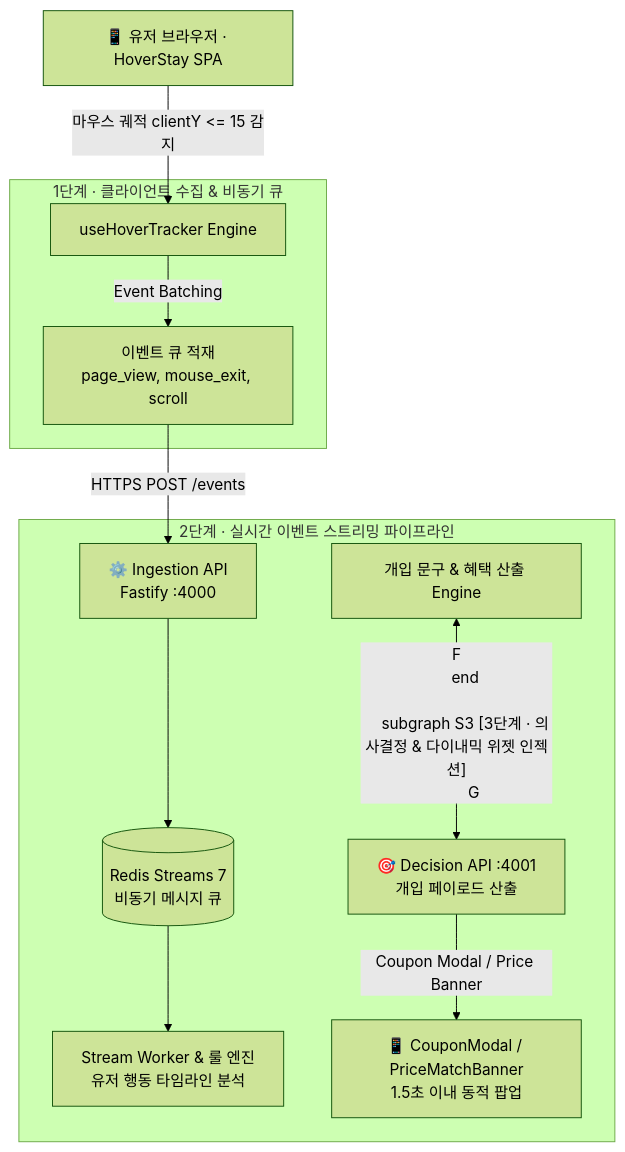
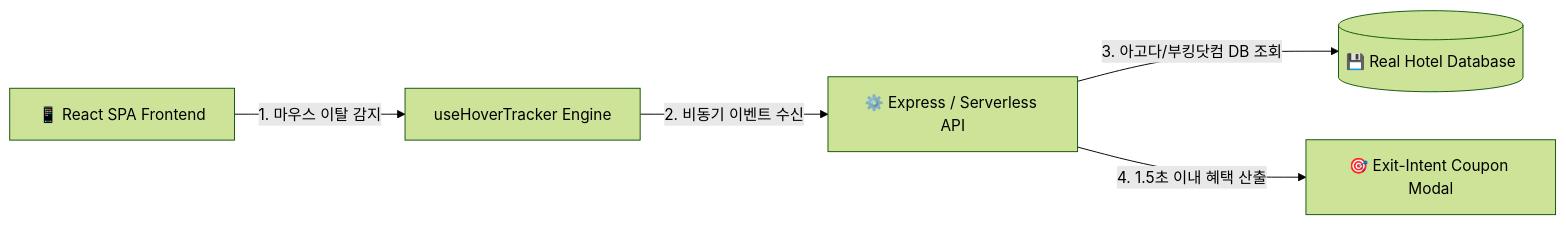
Before and after one commit to krtecek823/KNU_capston_FE: the diagram in README.md, drawn with Mermaid (forest theme). The commit also changed other lines of this file, not shown here.

````diff
--- a/README.md
+++ b/README.md
@@ -72,21 +50,7 @@
 ```mermaid
-flowchart TD
-    A[📱 유저 브라우저 · HoverStay SPA] -->|마우스 궤적 clientY <= 15 감지| B[useHoverTracker Engine]
-
-    subgraph S1 [1단계 · 클라이언트 수집 & 비동기 큐]
-        B -->|Event Batching| C[이벤트 큐 적재<br/>page_view, mouse_exit, scroll]
-    end
-
-    C -->|HTTPS POST /events| D[⚙️ Ingestion API<br/>Fastify :4000]
-
-    subgraph S2 [2단계 · 실시간 이벤트 스트리밍 파이프라인]
-        D --> E[(Redis Streams 7<br/>비동기 메시지 큐)]
-        E --> F[Stream Worker & 룰 엔진<br/>유저 행동 타임라인 분석]
-        G[개입 문구 & 혜택 산출 Engine] <-- F
-    end
-
-    subgraph S3 [3단계 · 의사결정 & 다이내믹 위젯 인젝션]
-        G --> H[🎯 Decision API :4001<br/>개입 페이로드 산출]
-        H -->|Coupon Modal / Price Banner| I[📱 CouponModal / PriceMatchBanner<br/>1.5초 이내 동적 팝업]
-    end
+flowchart LR
+    A[📱 React SPA Frontend] -->|1. 마우스 이탈 감지| B[useHoverTracker Engine]
+    B -->|2. 비동기 이벤트 수신| C[⚙️ Express / Serverless API]
+    C -->|3. 아고다/부킹닷컴 DB 조회| D[(💾 Real Hotel Database)]
+    C -->|4. 1.5초 이내 혜택 산출| E[🎯 Exit-Intent Coupon Modal]
 ```
````
